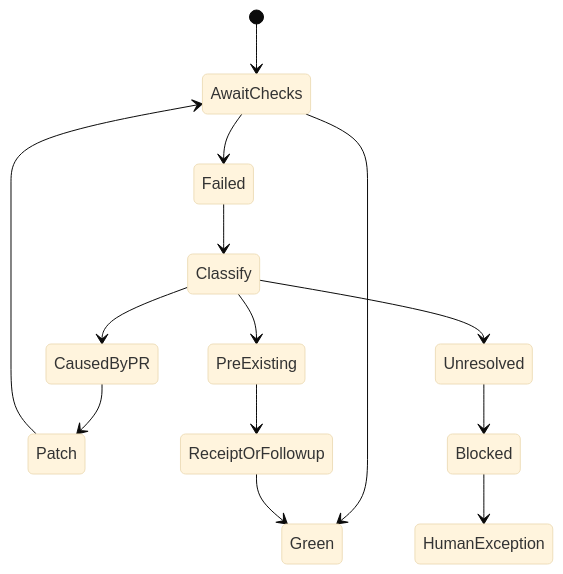
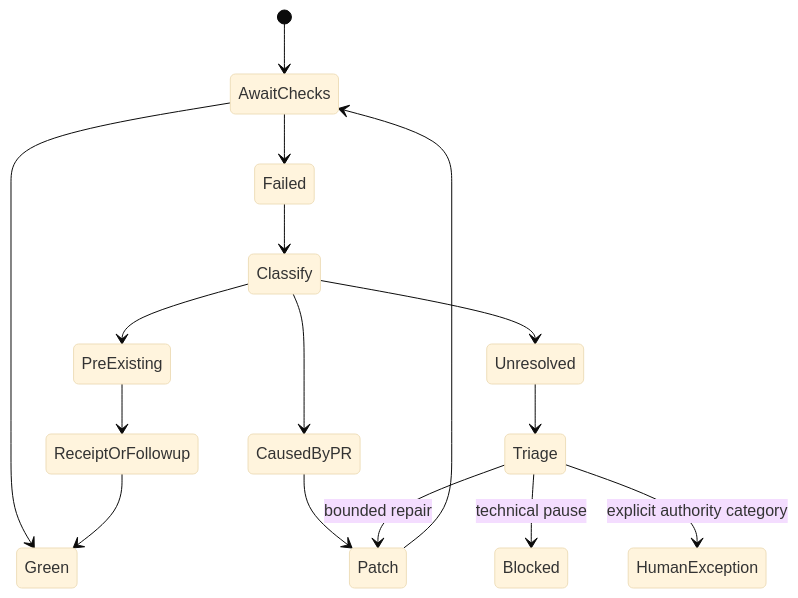
Before and after one commit to RasmusTho/agentic-pkm-mvp: the sixth of 23 diagrams in docs/development/BUILDER_SYSTEM_PROCESS_MAP.md, drawn with Mermaid (base theme). The commit also changed other lines of this file and 2 other files, not shown here.

Commit message:
Classify technical review stops before escalation

````diff
--- a/docs/development/BUILDER_SYSTEM_PROCESS_MAP.md
+++ b/docs/development/BUILDER_SYSTEM_PROCESS_MAP.md
@@ -339,16 +339,18 @@
 ```mermaid
 stateDiagram-v2
   [*] --> AwaitChecks
   AwaitChecks --> Green
   AwaitChecks --> Failed
   Failed --> Classify
   Classify --> CausedByPR
   Classify --> PreExisting
   Classify --> Unresolved
   CausedByPR --> Patch
   Patch --> AwaitChecks
   PreExisting --> ReceiptOrFollowup
   ReceiptOrFollowup --> Green
-  Unresolved --> Blocked
-  Blocked --> HumanException
+  Unresolved --> Triage
+  Triage --> Blocked: technical pause
+  Triage --> Patch: bounded repair
+  Triage --> HumanException: explicit authority category
 ```
````
